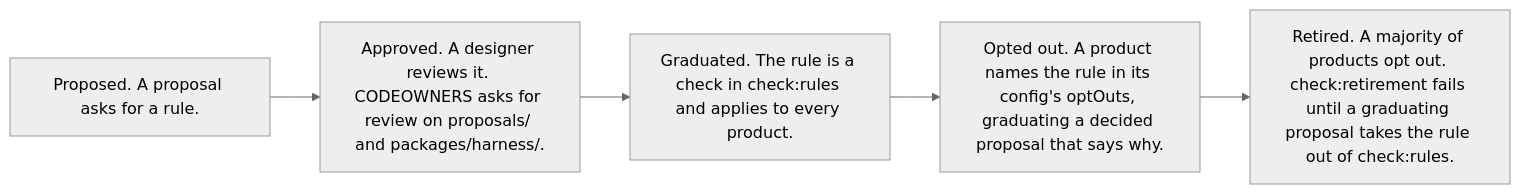
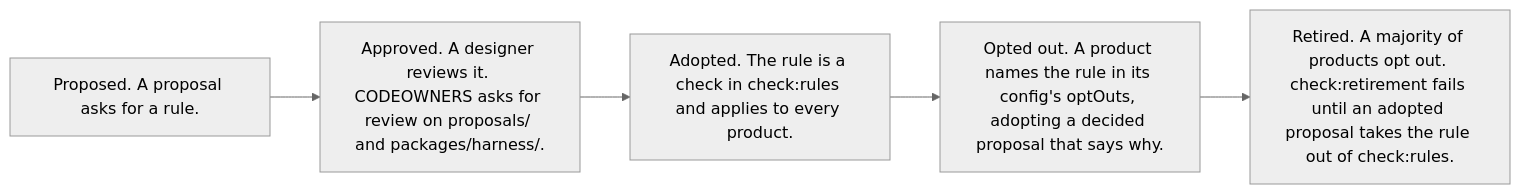
Before and after one commit to tounsoo/agent-design-loop: the fifth of 7 diagrams in packages/harness/docs/how-it-works.md, drawn with Mermaid (neutral theme). The commit also changed other lines of this file and 75 other files, not shown here.

````diff
--- a/packages/harness/docs/how-it-works.md
+++ b/packages/harness/docs/how-it-works.md
@@ -305,9 +305,9 @@
 ```mermaid
 flowchart LR
   proposed["Proposed. A proposal asks for a rule."]
   approved["Approved. A designer reviews it. CODEOWNERS asks for review on proposals/ and packages/harness/."]
-  graduated["Graduated. The rule is a check in check:rules and applies to every product."]
-  optout["Opted out. A product names the rule in its config's optOuts, graduating a decided proposal that says why."]
-  retired["Retired. A majority of products opt out. check:retirement fails until a graduating proposal takes the rule out of check:rules."]
-  proposed --> approved --> graduated --> optout --> retired
+  adopted["Adopted. The rule is a check in check:rules and applies to every product."]
+  optout["Opted out. A product names the rule in its config's optOuts, adopting a decided proposal that says why."]
+  retired["Retired. A majority of products opt out. check:retirement fails until an adopted proposal takes the rule out of check:rules."]
+  proposed --> approved --> adopted --> optout --> retired
 ```
````
